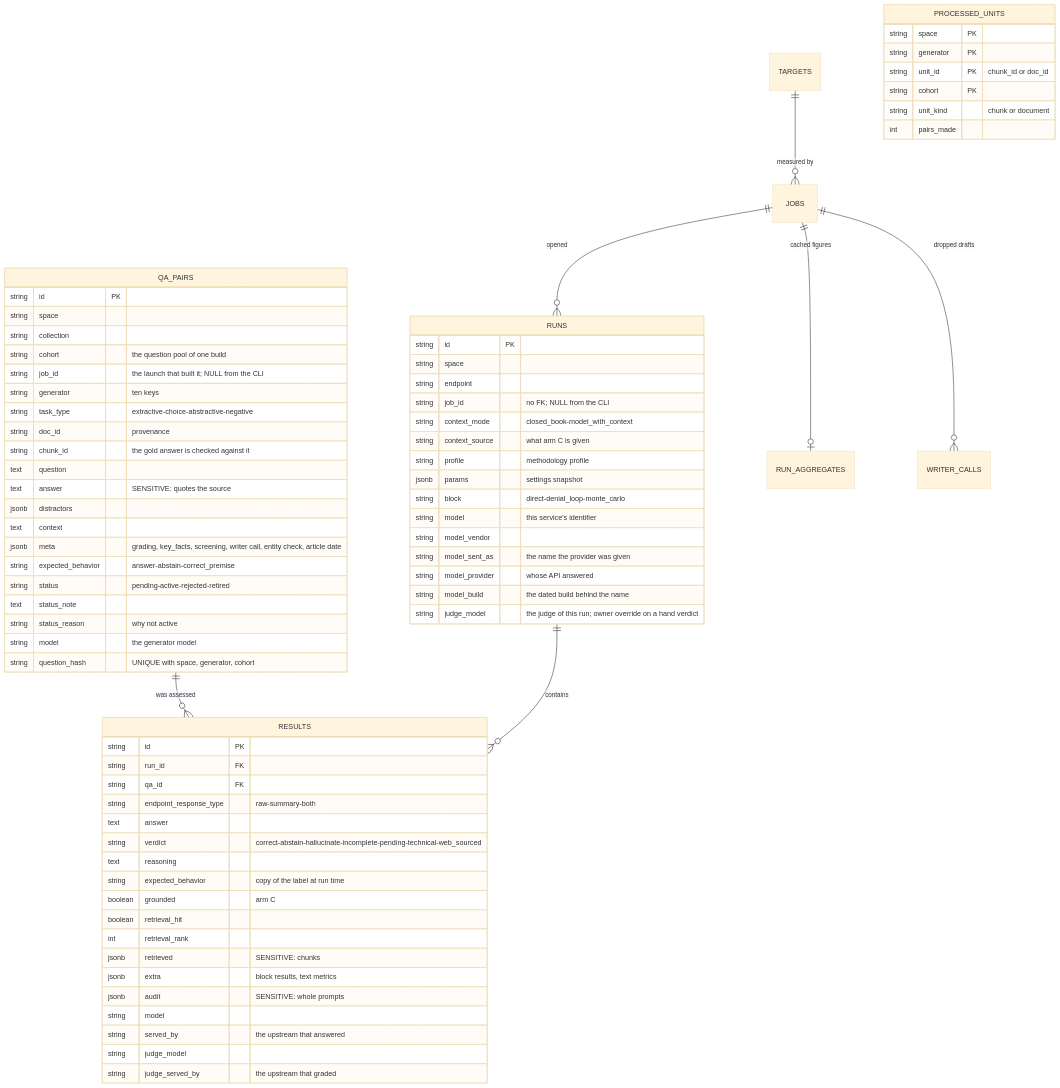
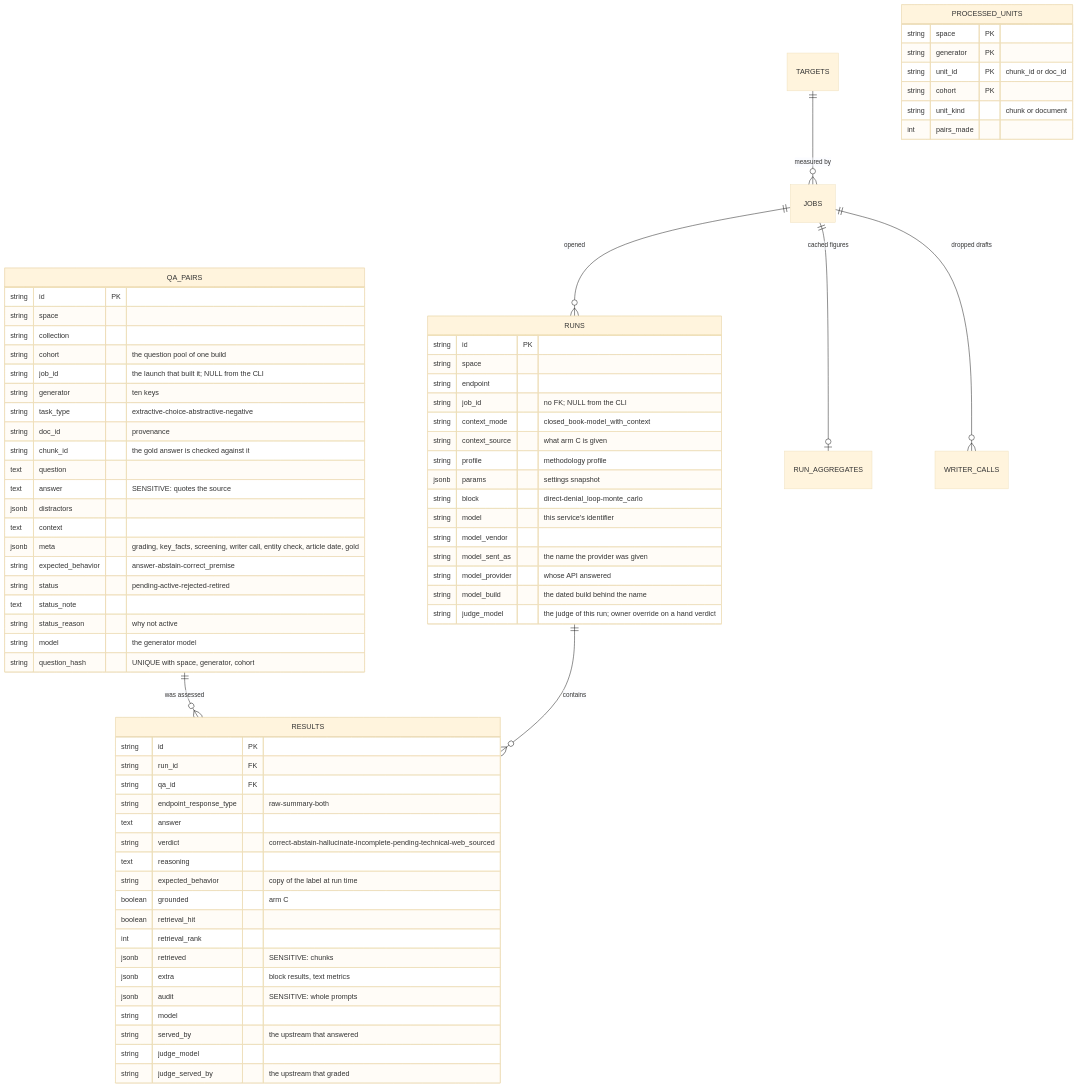
One commit to OpenMined/syft-space changed the diagram in packages/benchmark/docs/data-model.md. Above: the diagram before and after it, drawn with Mermaid (base theme). The commit also changed other lines of this file and 99 other files, not shown here.

````diff
--- a/packages/benchmark/docs/data-model.md
+++ b/packages/benchmark/docs/data-model.md
@@ -6,78 +6,78 @@
 ```mermaid
 erDiagram
     QA_PAIRS ||--o{ RESULTS : "was assessed"
     RUNS ||--o{ RESULTS : "contains"
     JOBS ||--o{ RUNS : "opened"
     JOBS ||--o| RUN_AGGREGATES : "cached figures"
     JOBS ||--o{ WRITER_CALLS : "dropped drafts"
     TARGETS ||--o{ JOBS : "measured by"
     PROCESSED_UNITS
 
     QA_PAIRS {
         string id PK
         string space
         string collection
         string cohort "the question pool of one build"
         string job_id "the launch that built it; NULL from the CLI"
         string generator "ten keys"
         string task_type "extractive-choice-abstractive-negative"
         string doc_id "provenance"
         string chunk_id "the gold answer is checked against it"
         text question
         text answer "SENSITIVE: quotes the source"
         jsonb distractors
         text context
-        jsonb meta "grading, key_facts, screening, writer call, entity check, article date"
+        jsonb meta "grading, key_facts, screening, writer call, entity check, article date, gold"
         string expected_behavior "answer-abstain-correct_premise"
         string status "pending-active-rejected-retired"
         text status_note
         string status_reason "why not active"
         string model "the generator model"
         string question_hash "UNIQUE with space, generator, cohort"
     }
     PROCESSED_UNITS {
         string space PK
         string generator PK
         string unit_id PK "chunk_id or doc_id"
         string cohort PK
         string unit_kind "chunk or document"
         int pairs_made
     }
     RUNS {
         string id PK
         string space
         string endpoint
         string job_id "no FK; NULL from the CLI"
         string context_mode "closed_book-model_with_context"
         string context_source "what arm C is given"
         string profile "methodology profile"
         jsonb params "settings snapshot"
         string block "direct-denial_loop-monte_carlo"
         string model "this service's identifier"
         string model_vendor
         string model_sent_as "the name the provider was given"
         string model_provider "whose API answered"
         string model_build "the dated build behind the name"
         string judge_model "the judge of this run; owner override on a hand verdict"
     }
     RESULTS {
         string id PK
         string run_id FK
         string qa_id FK
         string endpoint_response_type "raw-summary-both"
         text answer
         string verdict "correct-abstain-hallucinate-incomplete-pending-technical-web_sourced"
         text reasoning
         string expected_behavior "copy of the label at run time"
         boolean grounded "arm C"
         boolean retrieval_hit
         int retrieval_rank
         jsonb retrieved "SENSITIVE: chunks"
         jsonb extra "block results, text metrics"
         jsonb audit "SENSITIVE: whole prompts"
         string model
         string served_by "the upstream that answered"
         string judge_model
         string judge_served_by "the upstream that graded"
     }
 ```
````
